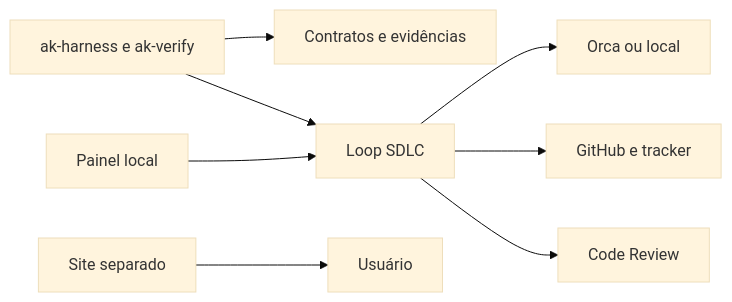
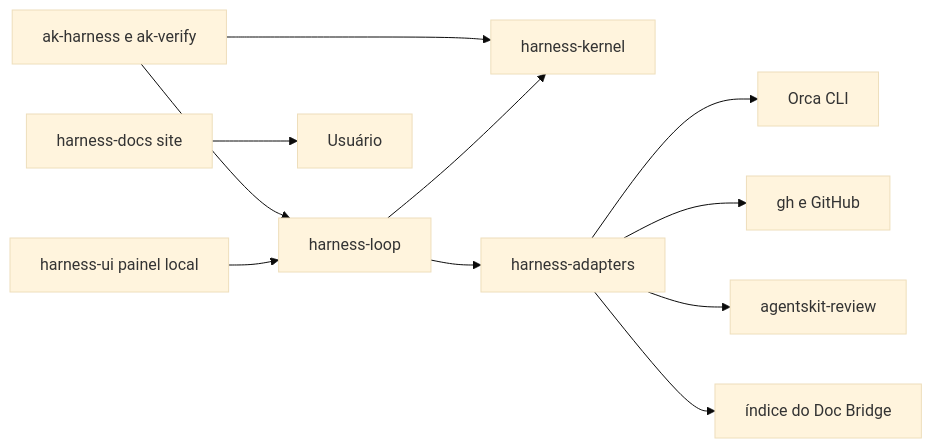
One commit to AgentsKit-io/harness changed the diagram in .brain/repos/harness/00 Hub - harness.md. Above: the diagram before and after it, drawn with Mermaid (base theme). The commit also changed other lines of this file and 21 other files, not shown here.

First line of the commit message:
docs(brain): harness v2 — hub, pacotes, app, fluxos, guias, auditoria e candidatos

````diff
--- a/.brain/repos/harness/00 Hub - harness.md
+++ b/.brain/repos/harness/00 Hub - harness.md
@@ -36,10 +67,13 @@
 ```mermaid
 flowchart LR
-  CLI[ak-harness e ak-verify] --> Kernel[Contratos e evidências]
-  CLI --> Loop[Loop SDLC]
-  UI[Painel local] --> Loop
-  Loop --> Runner[Orca ou local]
-  Loop --> SCM[GitHub e tracker]
-  Loop --> Review[Code Review]
-  Docs[Site separado] --> Usuário
+  CLI[ak-harness e ak-verify] --> Kernel[harness-kernel]
+  CLI --> Loop[harness-loop]
+  UI[harness-ui painel local] --> Loop
+  Loop --> Kernel
+  Loop --> Adapters[harness-adapters]
+  Adapters --> Orca[Orca CLI]
+  Adapters --> GH[gh e GitHub]
+  Adapters --> Review[agentskit-review]
+  Adapters --> DocBridge[índice do Doc Bridge]
+  Docs[harness-docs site] --> Usuário
 ```
````
